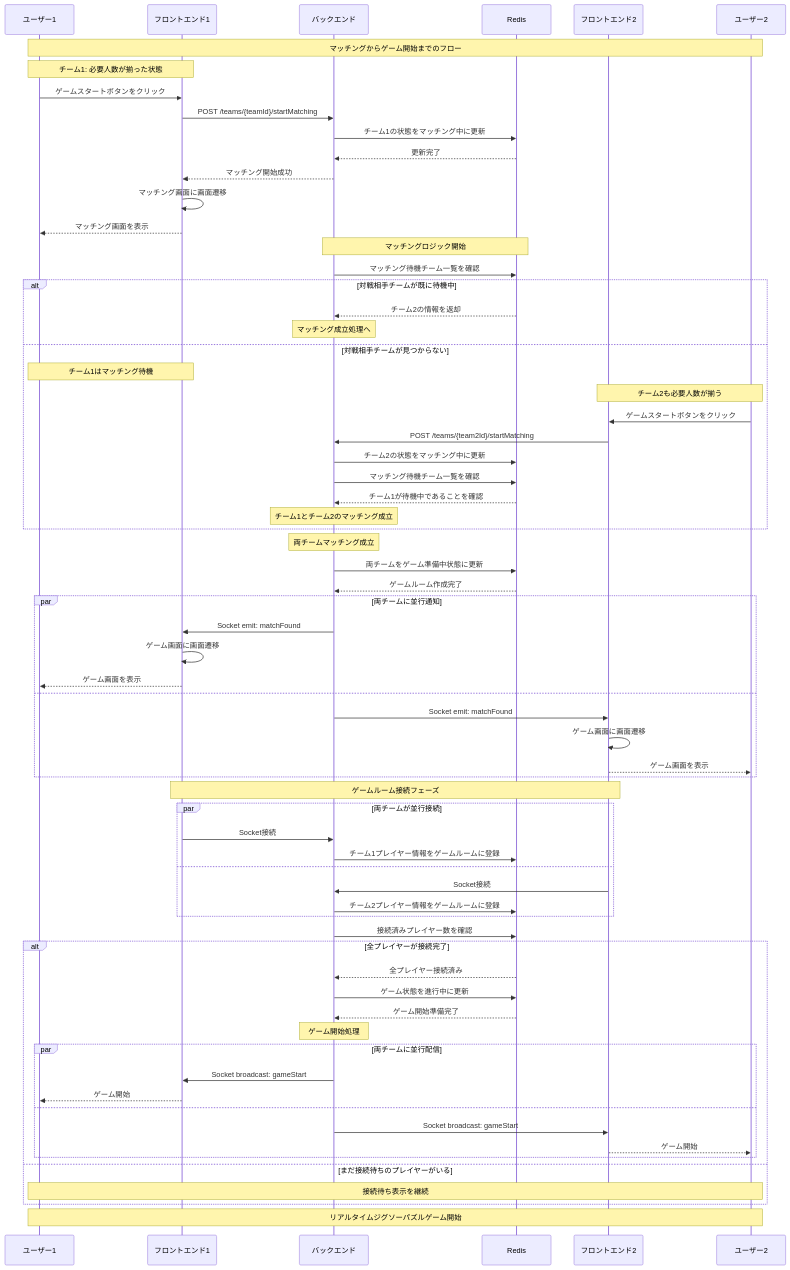
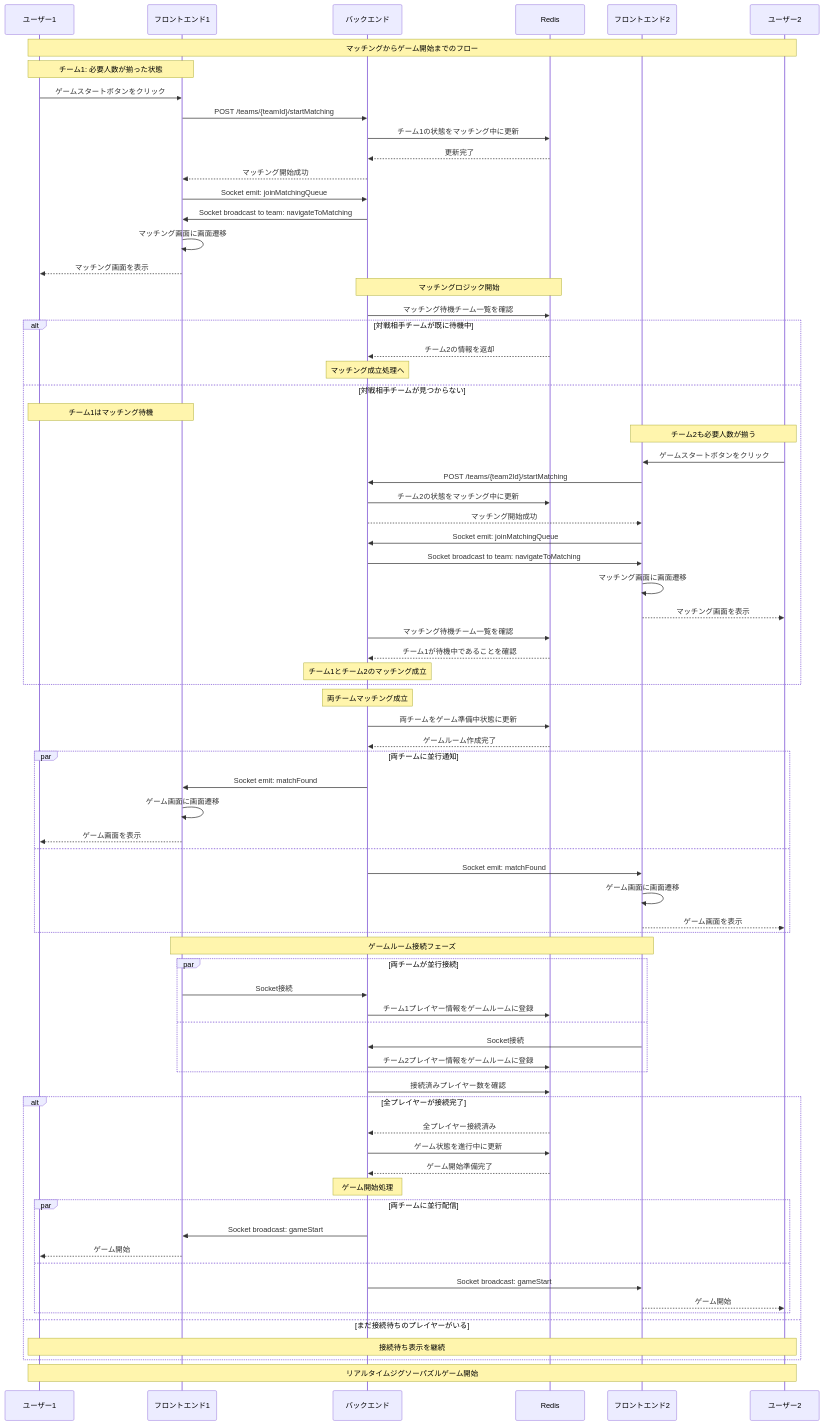
The diagram in docs/sequence-matching-to-game.mmd (kotek-7/minpuzz), drawn with Mermaid before and after one commit.

Commit message:
シーケンス図を修正

```diff
--- a/docs/sequence-matching-to-game.mmd
+++ b/docs/sequence-matching-to-game.mmd
@@ -1,81 +1,88 @@
 %%{init: {'theme':'default', 'themeVariables': {'primaryColor': '#4f46e5', 'primaryTextColor': '#fff', 'primaryBorderColor': '#3730a3', 'lineColor': '#374151', 'secondaryColor': '#e5e7eb', 'tertiaryColor': '#f3f4f6'}}}%%
 
 sequenceDiagram
     participant U1 as ユーザー1 
     participant F1 as フロントエンド1 
     participant B as バックエンド 
     participant R as Redis 
     participant F2 as フロントエンド2 
     participant U2 as ユーザー2 
 
     Note over U1,U2: マッチングからゲーム開始までのフロー 
 
     Note over U1,F1: チーム1: 必要人数が揃った状態 
     U1->>F1: ゲームスタートボタンをクリック 
     F1->>B: POST /teams/{teamId}/startMatching 
     B->>R: チーム1の状態をマッチング中に更新 
     R-->>B: 更新完了 
     B-->>F1: マッチング開始成功 
+    F1->>B: Socket emit: joinMatchingQueue
+    B->>F1: Socket broadcast to team: navigateToMatching
     F1->>F1: マッチング画面に画面遷移 
     F1-->>U1: マッチング画面を表示 
 
     Note over B,R: マッチングロジック開始 
     B->>R: マッチング待機チーム一覧を確認 
     
     alt  対戦相手チームが既に待機中 
         R-->>B: チーム2の情報を返却 
         Note over B: マッチング成立処理へ 
     else  対戦相手チームが見つからない 
         Note over U1,F1: チーム1はマッチング待機 
         
         Note over U2,F2: チーム2も必要人数が揃う 
         U2->>F2: ゲームスタートボタンをクリック 
         F2->>B: POST /teams/{team2Id}/startMatching
         B->>R: チーム2の状態をマッチング中に更新 
+        B-->>F2: マッチング開始成功
+        F2->>B: Socket emit: joinMatchingQueue
+        B->>F2: Socket broadcast to team: navigateToMatching
+        F2->>F2: マッチング画面に画面遷移 
+        F2-->>U2: マッチング画面を表示
         B->>R: マッチング待機チーム一覧を確認 
         R-->>B: チーム1が待機中であることを確認 
         Note over B: チーム1とチーム2のマッチング成立 
     end
 
     Note over B: 両チームマッチング成立 
     B->>R: 両チームをゲーム準備中状態に更新 
     R-->>B: ゲームルーム作成完了 
 
     par 両チームに並行通知 
         B->>F1: Socket emit: matchFound 
         F1->>F1: ゲーム画面に画面遷移 
         F1-->>U1: ゲーム画面を表示 
     and
         B->>F2: Socket emit: matchFound 
         F2->>F2: ゲーム画面に画面遷移 
         F2-->>U2: ゲーム画面を表示 
     end
 
     Note over F1,F2: ゲームルーム接続フェーズ 
     par 両チームが並行接続 
         F1->>B: Socket接続 
         B->>R: チーム1プレイヤー情報をゲームルームに登録 
     and
         F2->>B: Socket接続 
         B->>R: チーム2プレイヤー情報をゲームルームに登録 
     end
 
     B->>R: 接続済みプレイヤー数を確認 
     alt 全プレイヤーが接続完了 
         R-->>B: 全プレイヤー接続済み 
         B->>R: ゲーム状態を進行中に更新 
         R-->>B: ゲーム開始準備完了 
         
         Note over B: ゲーム開始処理 
         par 両チームに並行配信 
             B->>F1: Socket broadcast: gameStart 
             F1-->>U1: ゲーム開始 
         and
             B->>F2: Socket broadcast: gameStart 
             F2-->>U2: ゲーム開始 
         end
     else まだ接続待ちのプレイヤーがいる 
         Note over U1,U2: 接続待ち表示を継続 
     end
 
     Note over U1,U2: リアルタイムジグソーパズルゲーム開始 
```
